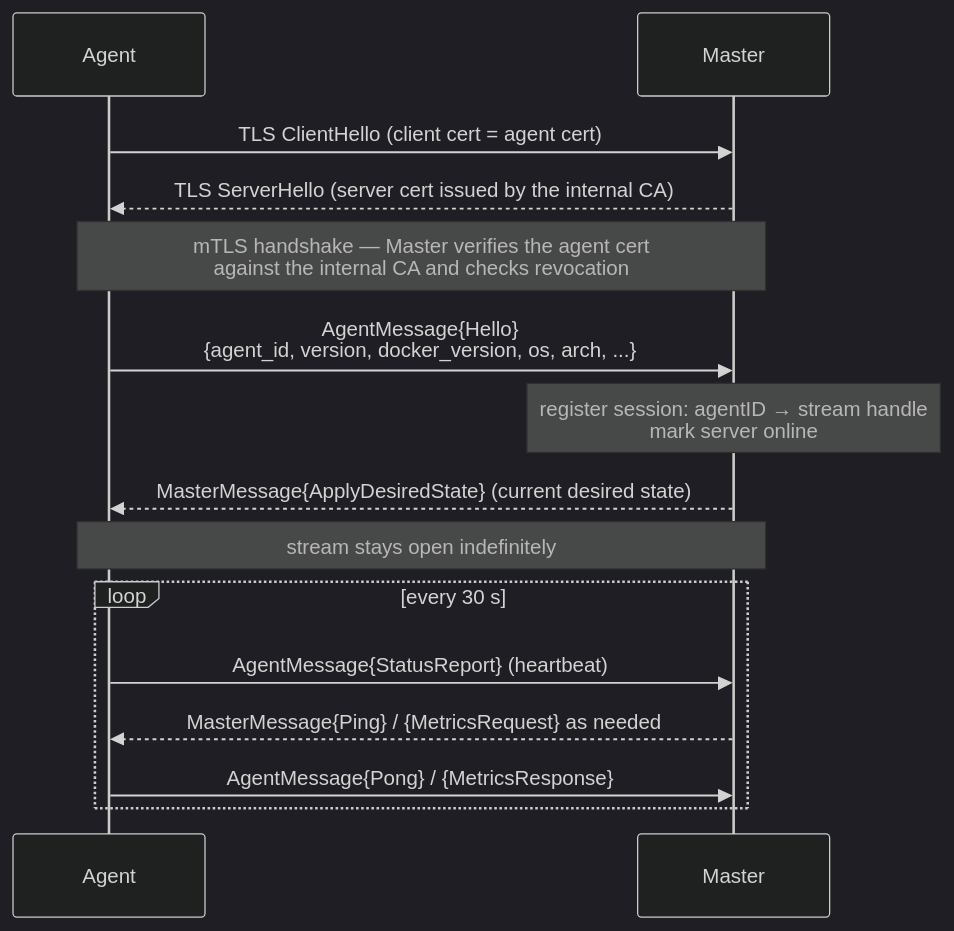
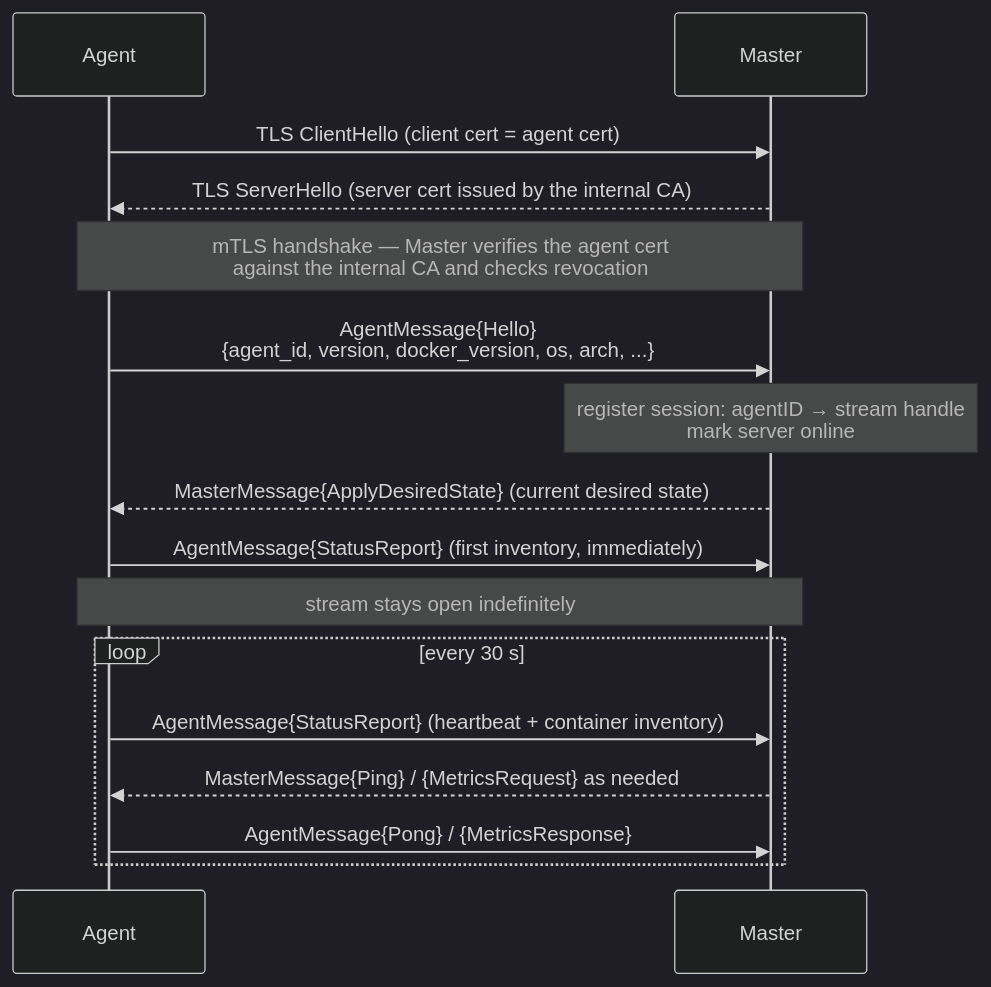
Before and after one commit to heckertobias/orkestra: the second of 3 diagrams in docs/02-protocol.md, drawn with Mermaid (dark theme). The commit also changed other lines of this file and 27 other files, not shown here.

First line of the commit message:
feat(agent,master,web): report and persist the container inventory (#29) (#107)

````diff
--- a/docs/02-protocol.md
+++ b/docs/02-protocol.md
@@ -50,17 +50,18 @@
 ```mermaid
 sequenceDiagram
     participant Agent
     participant Master
     Agent->>Master: TLS ClientHello (client cert = agent cert)
     Master-->>Agent: TLS ServerHello (server cert issued by the internal CA)
     Note over Agent,Master: mTLS handshake — Master verifies the agent cert<br/>against the internal CA and checks revocation
     Agent->>Master: AgentMessage{Hello}<br/>{agent_id, version, docker_version, os, arch, ...}
     Note over Master: register session: agentID → stream handle<br/>mark server online
     Master-->>Agent: MasterMessage{ApplyDesiredState} (current desired state)
+    Agent->>Master: AgentMessage{StatusReport} (first inventory, immediately)
     Note over Agent,Master: stream stays open indefinitely
     loop every 30 s
-        Agent->>Master: AgentMessage{StatusReport} (heartbeat)
+        Agent->>Master: AgentMessage{StatusReport} (heartbeat + container inventory)
         Master-->>Agent: MasterMessage{Ping} / {MetricsRequest} as needed
         Agent->>Master: AgentMessage{Pong} / {MetricsResponse}
     end
 ```
````
